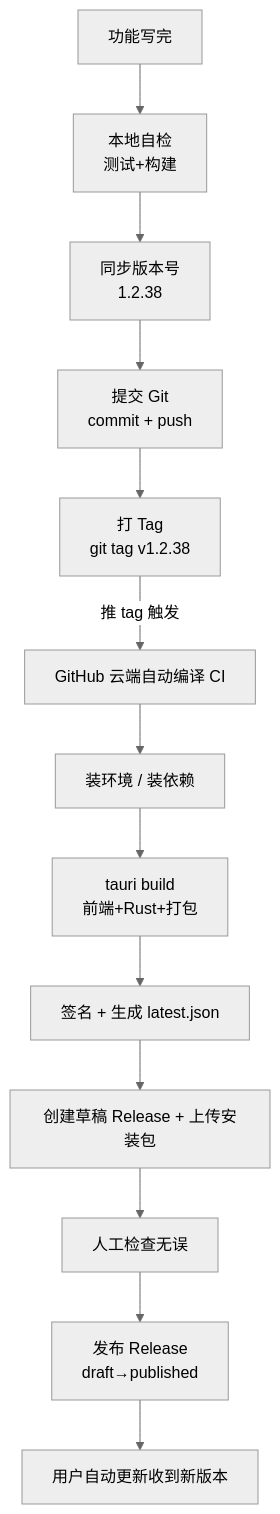
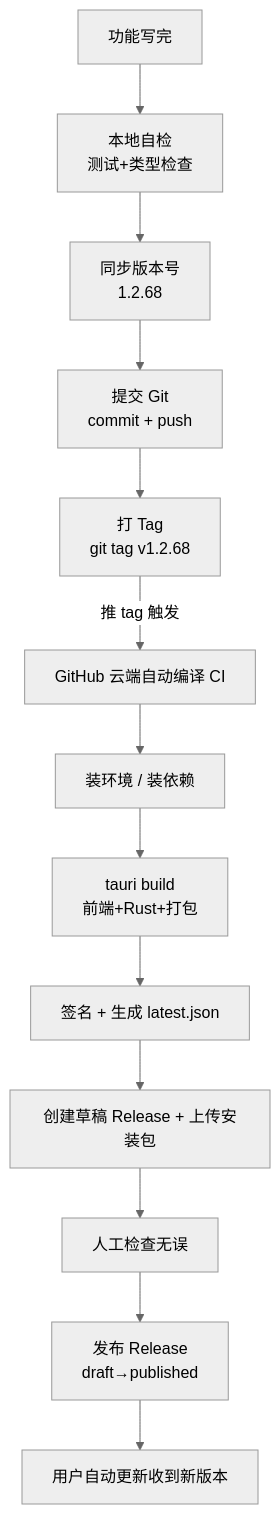
Before and after one commit to jloft198479-cyber/solo: the diagram in docs/发布流程科普（从写完代码到用户下载）.md, drawn with Mermaid (neutral theme). The commit also changed other lines of this file and 16 other files, not shown here.

````diff
--- a/docs/发布流程科普（从写完代码到用户下载）.md
+++ b/docs/发布流程科普（从写完代码到用户下载）.md
@@ -40,15 +40,15 @@
 ```mermaid
 flowchart TD
-    A[功能写完] --> B[本地自检<br/>测试+构建]
-    B --> C[同步版本号<br/>1.2.38]
+    A[功能写完] --> B[本地自检<br/>测试+类型检查]
+    B --> C[同步版本号<br/>1.2.68]
     C --> D[提交 Git<br/>commit + push]
-    D --> E[打 Tag<br/>git tag v1.2.38]
+    D --> E[打 Tag<br/>git tag v1.2.68]
     E -->|推 tag 触发| F[GitHub 云端自动编译 CI]
     F --> G[装环境 / 装依赖]
     G --> H[tauri build<br/>前端+Rust+打包]
     H --> I[签名 + 生成 latest.json]
     I --> J[创建草稿 Release + 上传安装包]
     J --> K[人工检查无误]
     K --> L[发布 Release<br/>draft→published]
     L --> M[用户自动更新收到新版本]
 ```
````
